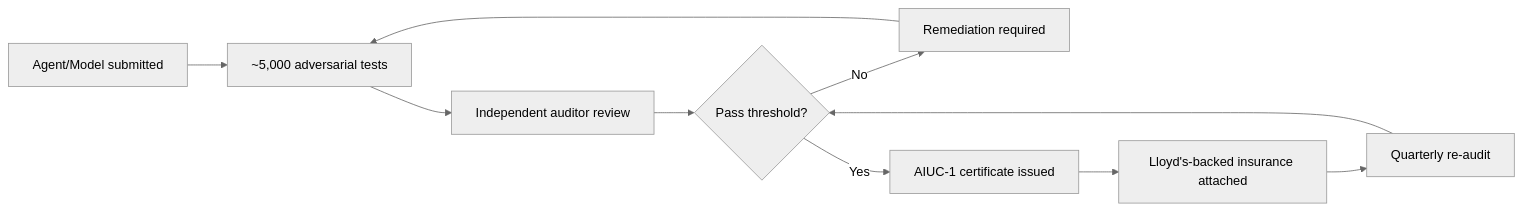
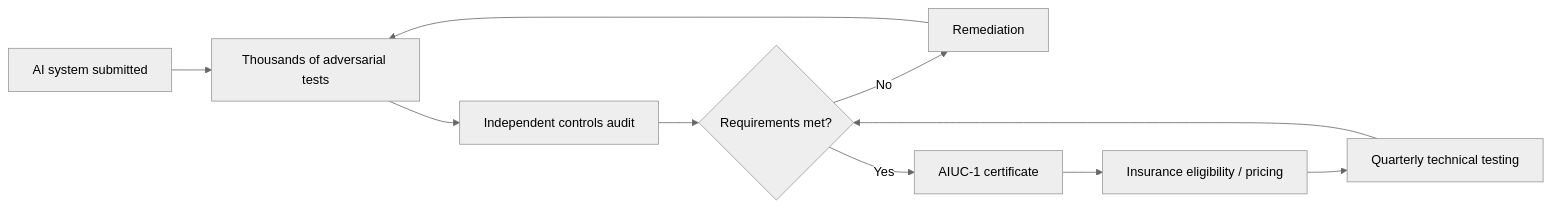
One commit to minwu-ai/minwu-ai.github.io changed the diagram in posts/unpublished/aiuc-s-40m-bet-can-ai-assurance-be-privatized-like-ul-certif.md. Above: the diagram before and after it, drawn with Mermaid (neutral theme). The commit also changed other lines of this file, not shown here.

First line of the commit message:
Revise content and improve clarity on AIUC's AI assurance

````diff
--- a/posts/unpublished/aiuc-s-40m-bet-can-ai-assurance-be-privatized-like-ul-certif.md
+++ b/posts/unpublished/aiuc-s-40m-bet-can-ai-assurance-be-privatized-like-ul-certif.md
@@ -23,12 +41,12 @@
 ```mermaid
 flowchart LR
-A[Agent/Model submitted] --> B[~5,000 adversarial tests]
-B --> C[Independent auditor review]
-C --> D{Pass threshold?}
-D -- No --> E[Remediation required]
-E --> B
-D -- Yes --> F[AIUC-1 certificate issued]
-F --> G[Lloyd's-backed insurance attached]
-G --> H[Quarterly re-audit]
-H --> D
+    A[AI system submitted] --> B[Thousands of adversarial tests]
+    B --> C[Independent controls audit]
+    C --> D{Requirements met?}
+    D -- No --> E[Remediation]
+    E --> B
+    D -- Yes --> F[AIUC-1 certificate]
+    F --> G[Insurance eligibility / pricing]
+    G --> H[Quarterly technical testing]
+    H --> D
 ```
````
